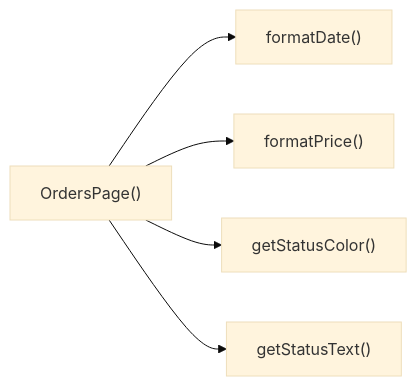
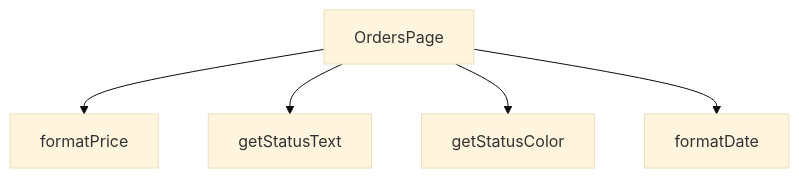
One commit to peckop/venthub-hvac-esite changed the diagram in src/views/OrdersPage.md. Above: the diagram before and after it, drawn with Mermaid (base theme). The commit also changed other lines of this file and 56 other files, not shown here.

````diff
--- a/src/views/OrdersPage.md
+++ b/src/views/OrdersPage.md
@@ -282,7 +235,12 @@
 ```mermaid
-graph LR
-    OrdersPage["OrdersPage()"] --> formatDate["formatDate()"]
-    OrdersPage["OrdersPage()"] --> formatPrice["formatPrice()"]
-    OrdersPage["OrdersPage()"] --> getStatusColor["getStatusColor()"]
-    OrdersPage["OrdersPage()"] --> getStatusText["getStatusText()"]
+graph TD
+    OrdersPage_tsx__OrdersPage["OrdersPage"]
+    OrdersPage_tsx__formatDate["formatDate"]
+    OrdersPage_tsx__formatPrice["formatPrice"]
+    OrdersPage_tsx__getStatusColor["getStatusColor"]
+    OrdersPage_tsx__getStatusText["getStatusText"]
+    OrdersPage_tsx__OrdersPage --> OrdersPage_tsx__formatPrice
+    OrdersPage_tsx__OrdersPage --> OrdersPage_tsx__getStatusText
+    OrdersPage_tsx__OrdersPage --> OrdersPage_tsx__getStatusColor
+    OrdersPage_tsx__OrdersPage --> OrdersPage_tsx__formatDate
 ```
````
